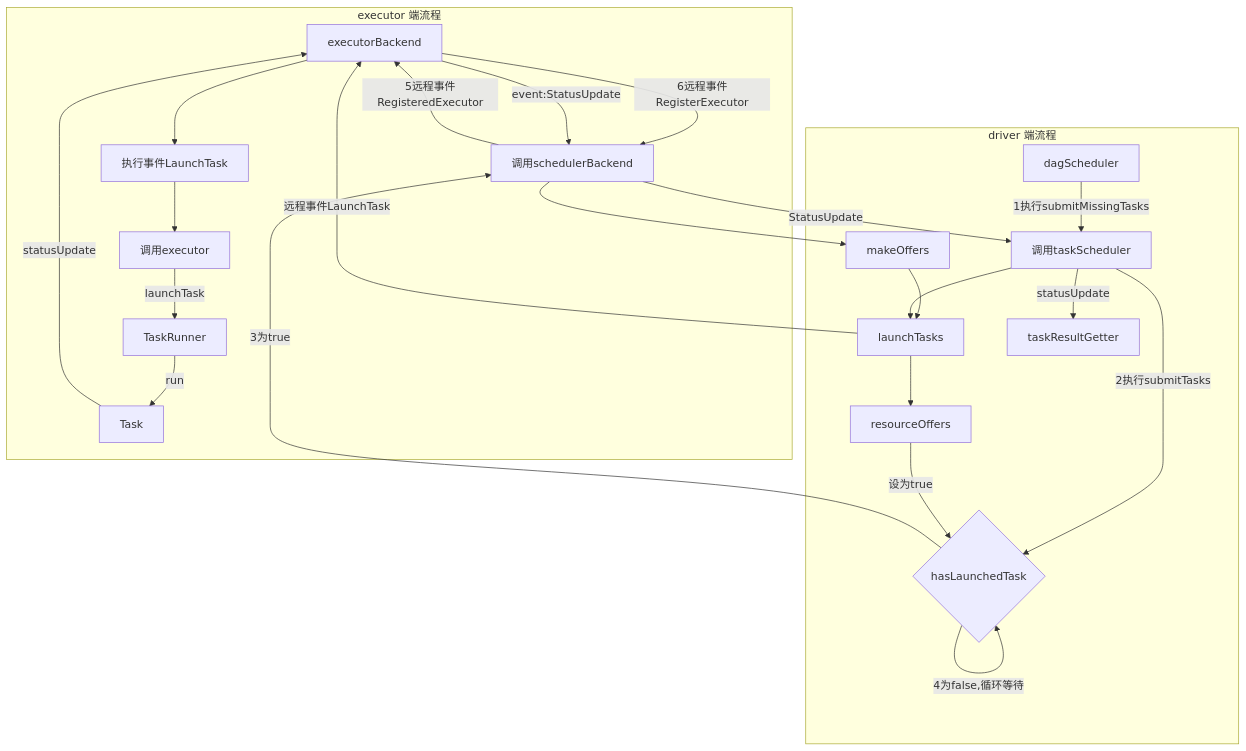
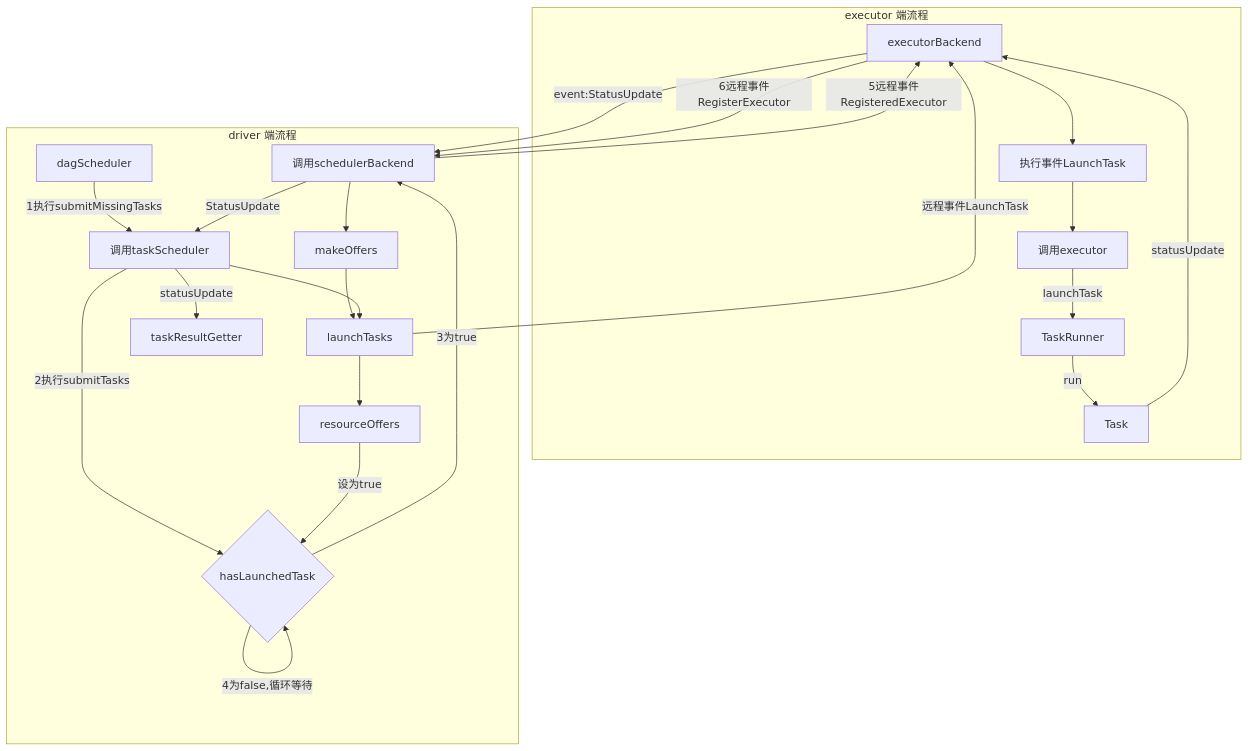
One commit to mzl9039/mzl9039.github.io changed the second of 2 diagrams in _posts/2018-3-5-spark-源码分析-任务分发与执行流程.md. Above: the diagram before and after it, drawn with Mermaid.

```diff
--- a/_posts/2018-3-5-spark-源码分析-任务分发与执行流程.md
+++ b/_posts/2018-3-5-spark-源码分析-任务分发与执行流程.md
@@ -37,27 +37,27 @@
 <div class="mermaid">
 graph TB    
-    subgraph executor 端流程    
-    executorBackend-->|6远程事件RegisterExecutor|schedulerBackend    
+    executorBackend-->|event:StatusUpdate|schedulerBackend
+    executorBackend-->|6远程事件RegisterExecutor|schedulerBackend    
+    schedulerBackend-->|5远程事件RegisteredExecutor|executorBackend
+    launchTasks-->|远程事件LaunchTask|executorBackend
+    subgraph executor 端流程        
     executorBackend-->LaunchTask[执行事件LaunchTask]
     LaunchTask-->executor[调用executor]
     executor-->|launchTask|TaskRunner
     TaskRunner-->|run|Task
-    Task-->|statusUpdate|executorBackend
-    executorBackend-->|event:StatusUpdate|schedulerBackend
+    Task-->|statusUpdate|executorBackend    
     end
     subgraph driver 端流程
     dagScheduler-->|1执行submitMissingTasks|taskScheduler[调用taskScheduler]
     taskScheduler-->|2执行submitTasks|hasLaunchedTask{hasLaunchedTask}
     hasLaunchedTask-->|3为true|schedulerBackend[调用schedulerBackend]
     hasLaunchedTask-->|4为false,循环等待|hasLaunchedTask    
     schedulerBackend-->makeOffers
     makeOffers-->launchTasks
     taskScheduler-->launchTasks
     launchTasks-->resourceOffers
     resourceOffers-->|设为true|hasLaunchedTask    
     schedulerBackend-->|StatusUpdate|taskScheduler
     taskScheduler-->|statusUpdate|taskResultGetter
     end    
-    schedulerBackend-->|5远程事件RegisteredExecutor|executorBackend
-    launchTasks-->|远程事件LaunchTask|executorBackend
 </div>
```
